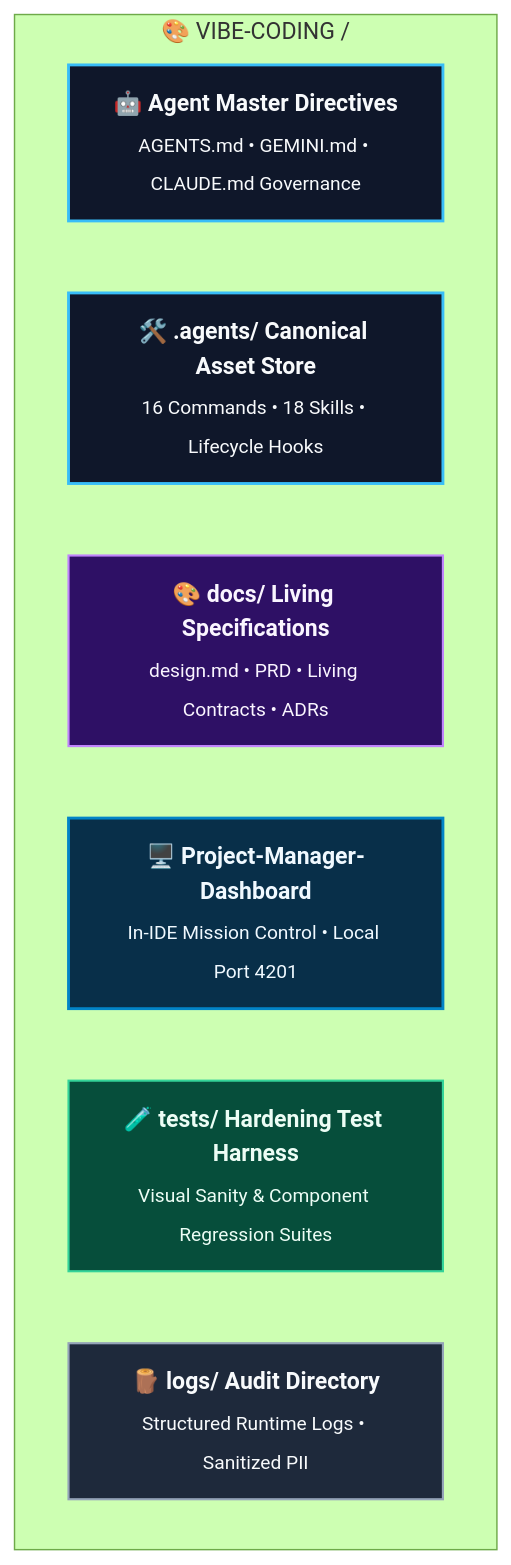
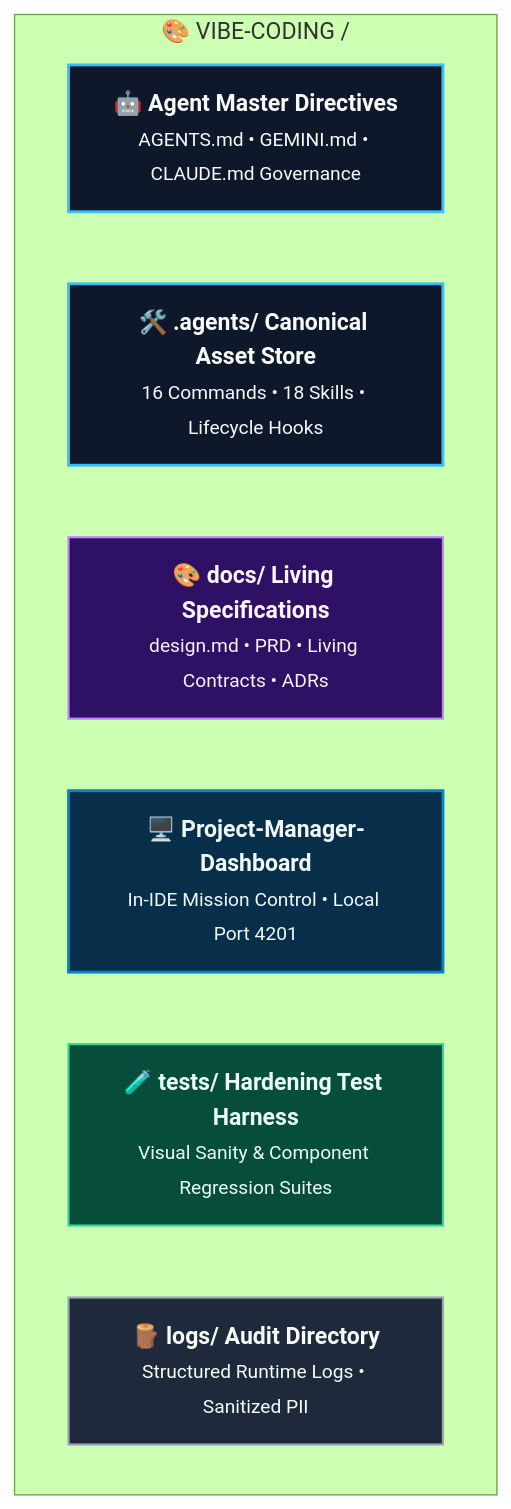
Before and after one commit to rmsofficialsyt/Agentic-AI-Vibe-Coding-AND-SDD-TDD-Codebase-Chandan-Adhikary: the third of 3 diagrams in Vibe-Coding-Chandan-Adhikary/Vibe-Coding/README.md, drawn with Mermaid (forest theme). The commit also changed other lines of this file and 27 other files, not shown here.

Commit message:
docs: resolve text overlap and scattering across all diagrams via semantic typography and layout contracts

````diff
--- a/Vibe-Coding-Chandan-Adhikary/Vibe-Coding/README.md
+++ b/Vibe-Coding-Chandan-Adhikary/Vibe-Coding/README.md
@@ -161,17 +161,17 @@
 ```mermaid
 flowchart TD
     classDef agent fill:#0f172a,stroke:#38bdf8,stroke-width:2px,color:#f8fafc;
     classDef doc fill:#2e1065,stroke:#c084fc,stroke-width:1.5px,color:#faf5ff;
     classDef dash fill:#082f49,stroke:#0284c7,stroke-width:2px,color:#f0f9ff;
     classDef test fill:#064e3b,stroke:#34d399,stroke-width:1.5px,color:#ecfdf5;
     classDef log fill:#1e293b,stroke:#94a3b8,stroke-width:1.5px,color:#f8fafc;
 
     subgraph RepoRoot ["🎨 VIBE-CODING /"]
-        AGENTS["<b>🤖 Agent Master Directives</b><br/><sub>AGENTS.md • GEMINI.md • CLAUDE.md Governance</sub>"]:::agent
-        AgentsDir["<b>🛠️ .agents/ Canonical Asset Store</b><br/><sub>16 Commands • 18 Skills • Lifecycle Hooks</sub>"]:::agent
-        DocsDir["<b>🎨 docs/ Living Specifications</b><br/><sub>design.md • PRD • Living Contracts • ADRs</sub>"]:::doc
-        DashboardDir["<b>🖥️ Project-Manager-Dashboard</b><br/><sub>In-IDE Mission Control • Local Port 4201</sub>"]:::dash
-        TestsDir["<b>🧪 tests/ Hardening Test Harness</b><br/><sub>Visual Sanity & Component Regression Suites</sub>"]:::test
-        LogsDir["<b>🪵 logs/ Audit Directory</b><br/><sub>Structured Runtime Logs • Sanitized PII</sub>"]:::log
+        AGENTS["<b>🤖 Agent Master Directives</b><br/><small>AGENTS.md • GEMINI.md • CLAUDE.md Governance</small>"]:::agent
+        AgentsDir["<b>🛠️ .agents/ Canonical Asset Store</b><br/><small>16 Commands • 18 Skills • Lifecycle Hooks</small>"]:::agent
+        DocsDir["<b>🎨 docs/ Living Specifications</b><br/><small>design.md • PRD • Living Contracts • ADRs</small>"]:::doc
+        DashboardDir["<b>🖥️ Project-Manager-Dashboard</b><br/><small>In-IDE Mission Control • Local Port 4201</small>"]:::dash
+        TestsDir["<b>🧪 tests/ Hardening Test Harness</b><br/><small>Visual Sanity & Component Regression Suites</small>"]:::test
+        LogsDir["<b>🪵 logs/ Audit Directory</b><br/><small>Structured Runtime Logs • Sanitized PII</small>"]:::log
     end
 ```
````
